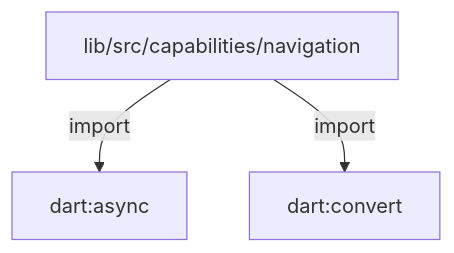
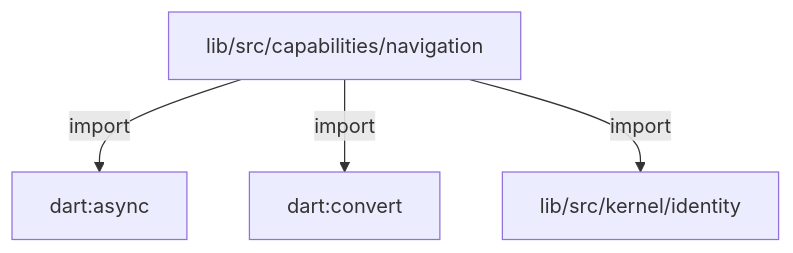
One commit to MiuDog/Kallopis changed the first of 3 diagrams in docs/architecture/src/capabilities/navigation/README.md. Above: the diagram before and after it, drawn with Mermaid. The commit also changed other lines of this file and 9688 other files, not shown here.

Commit message:
Prepare isolated Flow F2 peer baseline

````diff
--- a/docs/architecture/src/capabilities/navigation/README.md
+++ b/docs/architecture/src/capabilities/navigation/README.md
@@ -13,8 +13,10 @@
 ```mermaid
 flowchart TD
 	n0["lib/src/capabilities/navigation"]
 	n1["dart:async"]
 	n2["dart:convert"]
+	n3["lib/src/kernel/identity"]
 	n0 -->|"import"| n1
 	n0 -->|"import"| n2
+	n0 -->|"import"| n3
 ```
````
